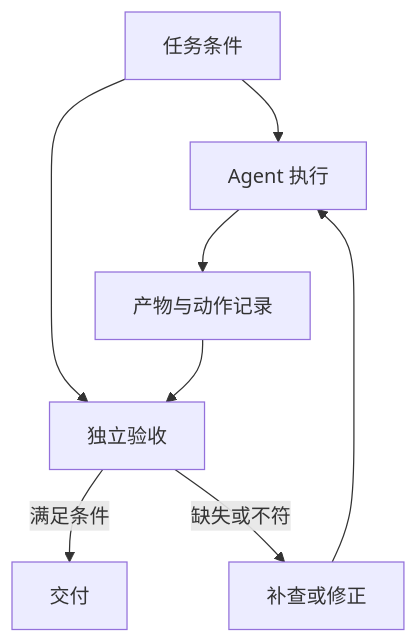
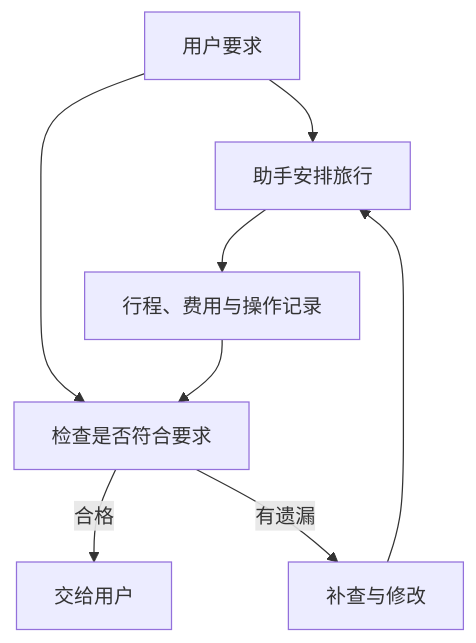
One commit to Mar-garet/agent-book changed the first of 2 diagrams in book/22-evaluation-and-completion.md. Above: the diagram before and after it, drawn with Mermaid. The commit also changed other lines of this file and 27 other files, not shown here.

````diff
--- a/book/22-evaluation-and-completion.md
+++ b/book/22-evaluation-and-completion.md
@@ -15,11 +19,11 @@
 ```mermaid
-%% 执行者交付结果，验收者判断是否合格
+%% 助手说做完之后，还要检查什么
 flowchart TD
-    T[任务条件] --> E[Agent 执行]
-    T --> V[独立验收]
-    E --> R[产物与动作记录]
+    T[用户要求] --> E[助手安排旅行]
+    T --> V[检查是否符合要求]
+    E --> R[行程、费用与操作记录]
     R --> V
-    V -->|满足条件| D[交付]
-    V -->|缺失或不符| F[补查或修正]
+    V -->|合格| D[交给用户]
+    V -->|有遗漏| F[补查与修改]
     F --> E
 ```
````
